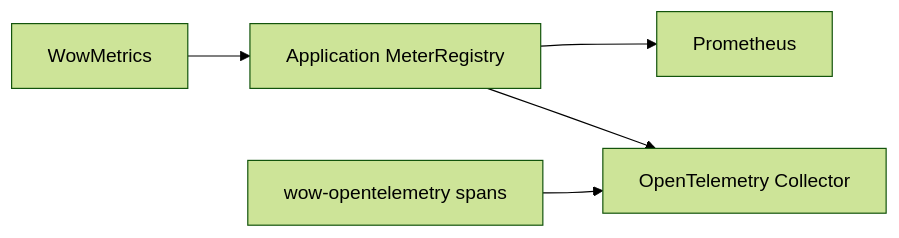
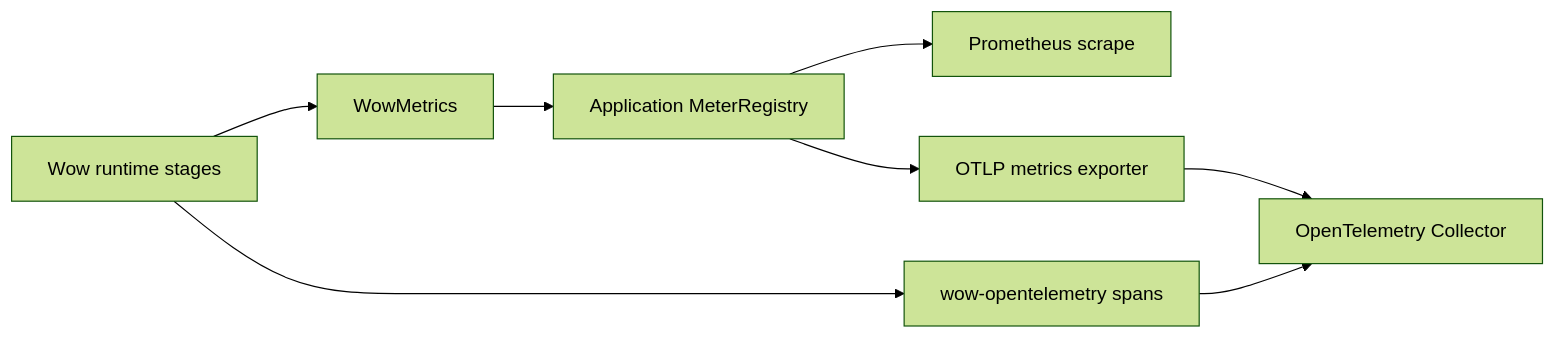
One commit to Ahoo-Wang/Wow changed the diagram in documentation/docs/en/guide/advanced/metrics.md. Above: the diagram before and after it, drawn with Mermaid (forest theme). The commit also changed other lines of this file and 166 other files, not shown here.

````diff
--- a/documentation/docs/en/guide/advanced/metrics.md
+++ b/documentation/docs/en/guide/advanced/metrics.md
@@ -162,7 +123,10 @@
 ```mermaid
 flowchart LR
-    Wow["WowMetrics"] --> Registry["Application MeterRegistry"]
-    Registry --> Prometheus["Prometheus"]
-    Registry --> Collector["OpenTelemetry Collector"]
-    Tracing["wow-opentelemetry spans"] --> Collector
+    Runtime["Wow runtime stages"] --> Metrics["WowMetrics"]
+    Metrics --> Registry["Application MeterRegistry"]
+    Registry --> Prometheus["Prometheus scrape"]
+    Registry --> OTLP["OTLP metrics exporter"]
+    Runtime --> Tracing["wow-opentelemetry spans"]
+    Tracing --> Collector["OpenTelemetry Collector"]
+    OTLP --> Collector
 ```
````
